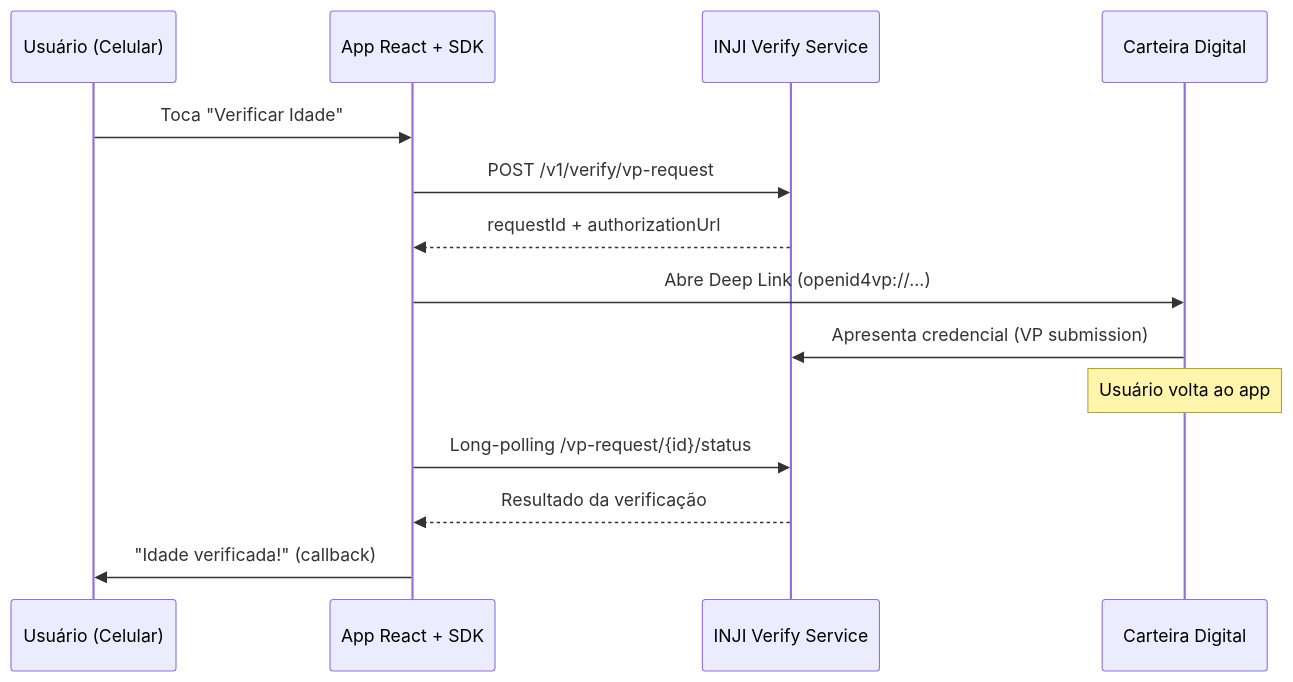
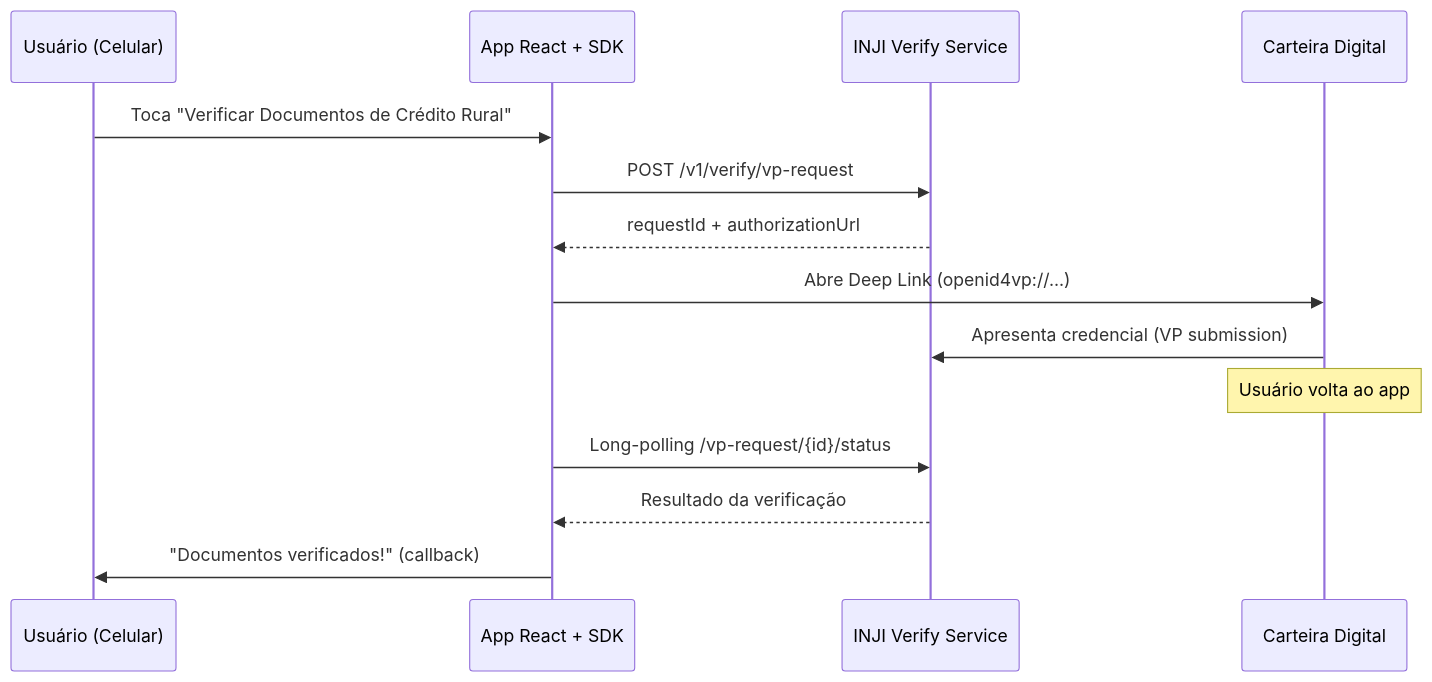
The second of 2 diagrams in fluxo-verificacao.qmd (infraestrutura-digital/verifica-docs-rural_dev), drawn with Mermaid before and after one commit. The commit also changed other lines of this file and 10 other files, not shown here.

Commit message:
Limpeza para  considerar os documentos de crédito rural

````diff
--- a/fluxo-verificacao.qmd
+++ b/fluxo-verificacao.qmd
@@ -32,17 +32,17 @@
 ```{mermaid}
 sequenceDiagram
     participant U as Usuário (Celular)
     participant SDK as App React + SDK
     participant VS as INJI Verify Service
     participant W as Carteira Digital
 
-    U->>SDK: Toca "Verificar Idade"
+    U->>SDK: Toca "Verificar Documentos de Crédito Rural"
     SDK->>VS: POST /v1/verify/vp-request
     VS-->>SDK: requestId + authorizationUrl
     SDK->>W: Abre Deep Link (openid4vp://...)
     W->>VS: Apresenta credencial (VP submission)
     Note over W: Usuário volta ao app
     SDK->>VS: Long-polling /vp-request/{id}/status
     VS-->>SDK: Resultado da verificação
-    SDK->>U: "Idade verificada!" (callback)
+    SDK->>U: "Documentos verificados!" (callback)
 ```
````
